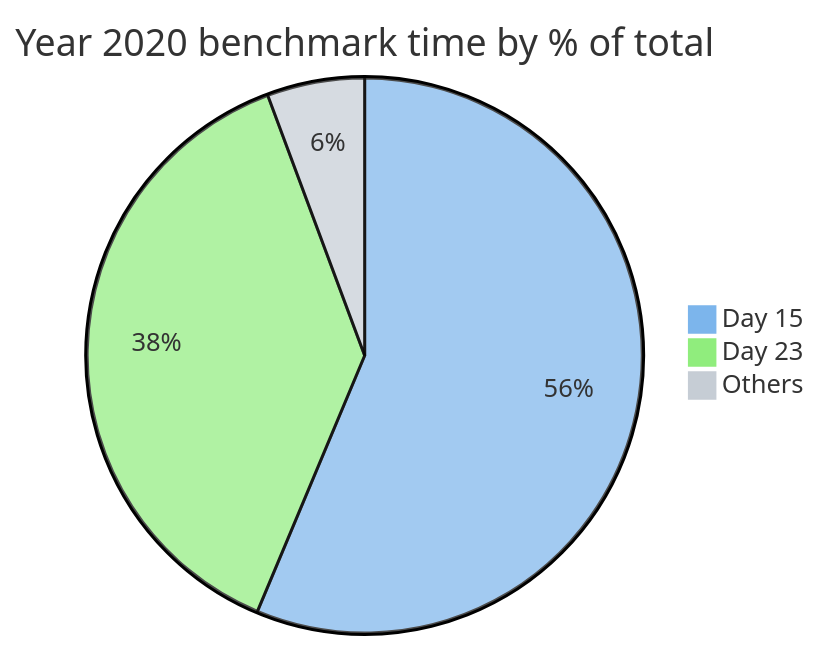
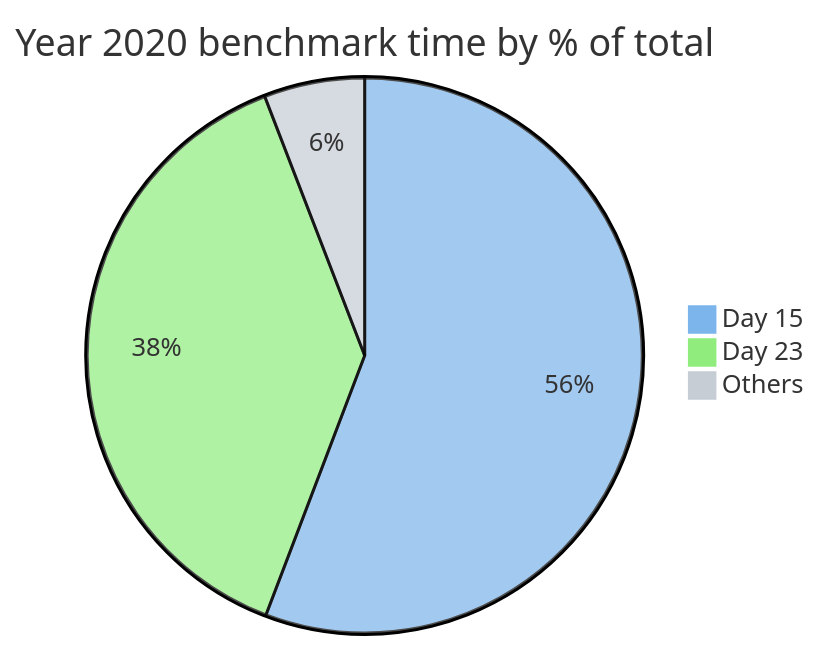
One commit to maneatingape/advent-of-code-rust changed the fourth of 4 diagrams in README.md. Above: the diagram before and after it, drawn with Mermaid. The commit also changed other lines of this file, not shown here.

````diff
--- a/README.md
+++ b/README.md
@@ -145,8 +145,8 @@
 ```mermaid
 %%{init: {'theme': 'base', 'themeVariables': { 'pie1': '#7cb5ec', 'pie2': '#90ed7d', 'pie3': '#c6cdd5'}}}%%
 pie
     title Year 2020 benchmark time by % of total
-    "Day 15" : 163000
+    "Day 15" : 160000
     "Day 23" : 110000
-    "Others" : 16425
+    "Others" : 16801
 ```
````
